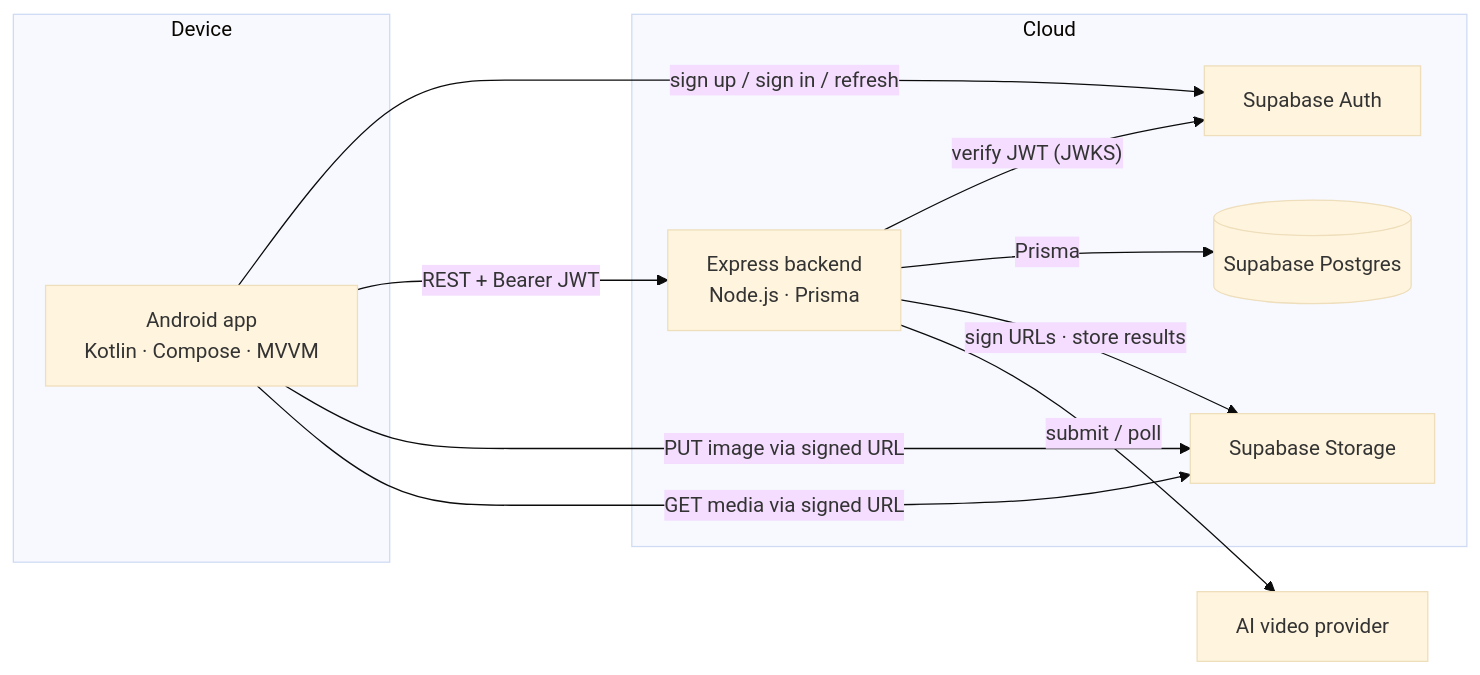
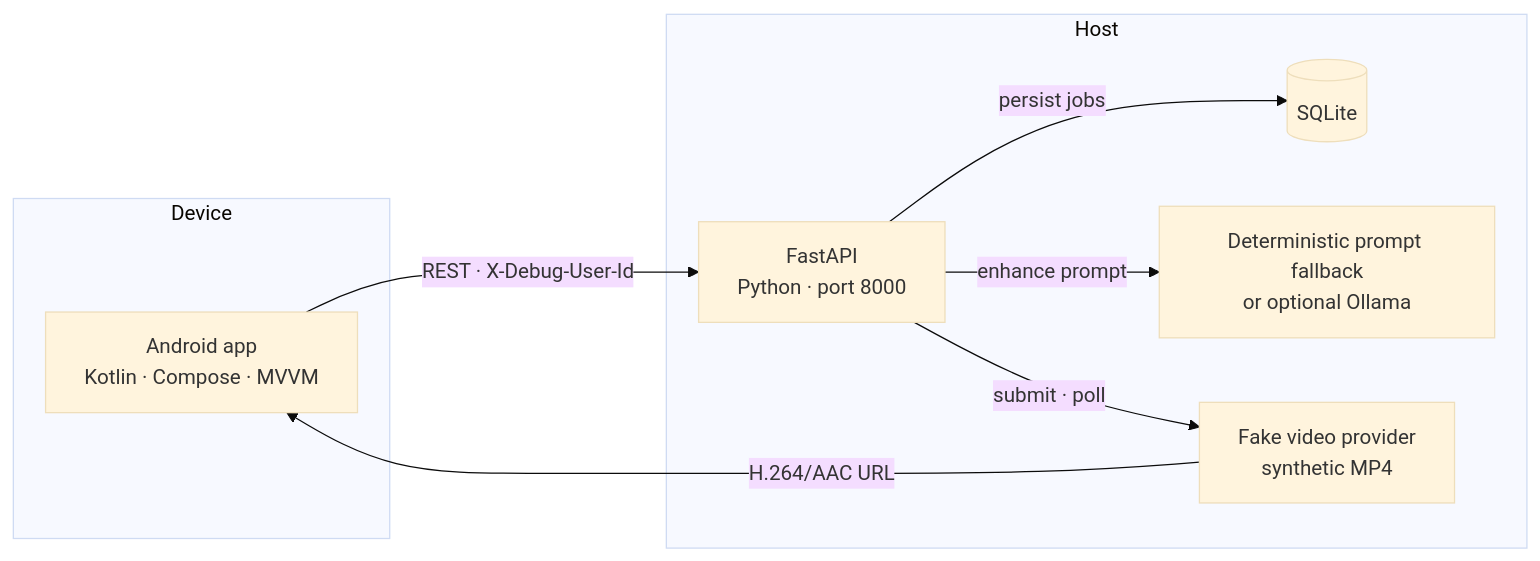
Before and after one commit to S0ra1n0/Cretona: the first of 2 diagrams in docs/ARCHITECTURE.md, drawn with Mermaid (base theme). The commit also changed other lines of this file and 9 other files, not shown here.

Commit message:
docs: reconcile roadmap and durable toolchain

````diff
--- a/docs/ARCHITECTURE.md
+++ b/docs/ARCHITECTURE.md
@@ -9,22 +9,18 @@
 ```mermaid
 flowchart LR
     subgraph Device
         A[Android app<br/>Kotlin · Compose · MVVM]
     end
-    subgraph Cloud
-        B[Express backend<br/>Node.js · Prisma]
-        C[(Supabase Postgres)]
-        D[Supabase Auth]
-        E[Supabase Storage]
+    subgraph Host
+        B[FastAPI<br/>Python · port 8000]
+        C[(SQLite)]
+        D[Deterministic prompt fallback<br/>or optional Ollama]
+        E[Fake video provider<br/>synthetic MP4]
     end
-    P[AI video provider]
 
-    A -- "sign up / sign in / refresh" --> D
-    A -- "REST + Bearer JWT" --> B
-    A -- "PUT image via signed URL" --> E
-    A -- "GET media via signed URL" --> E
-    B -- "verify JWT (JWKS)" --> D
-    B -- "Prisma" --> C
-    B -- "sign URLs · store results" --> E
-    B -- "submit / poll" --> P
+    A -- "REST · X-Debug-User-Id" --> B
+    B -- "persist jobs" --> C
+    B -- "enhance prompt" --> D
+    B -- "submit · poll" --> E
+    E -- "H.264/AAC URL" --> A
 ```
````
